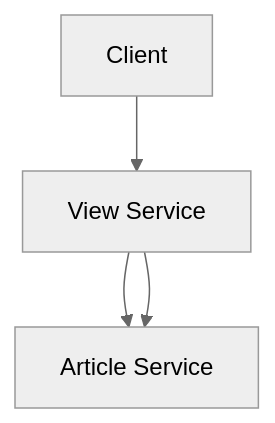
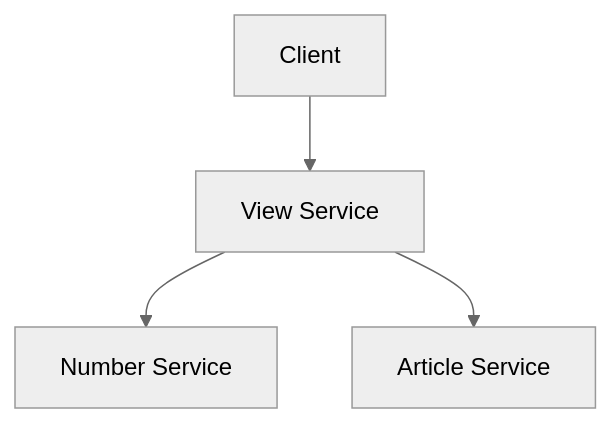
The diagram in README.md (leonsteinhaeuser/example-app), drawn with Mermaid (neutral theme) before and after one commit.

Commit message:
docs(README): fix graph

````diff
--- a/README.md
+++ b/README.md
@@ -5,6 +5,6 @@
 ```mermaid
 graph TD
   A[Client] --> B[View Service]
   B --> C[Number Service]
-  B --> C[Article Service]
+  B --> D[Article Service]
 ```
````
